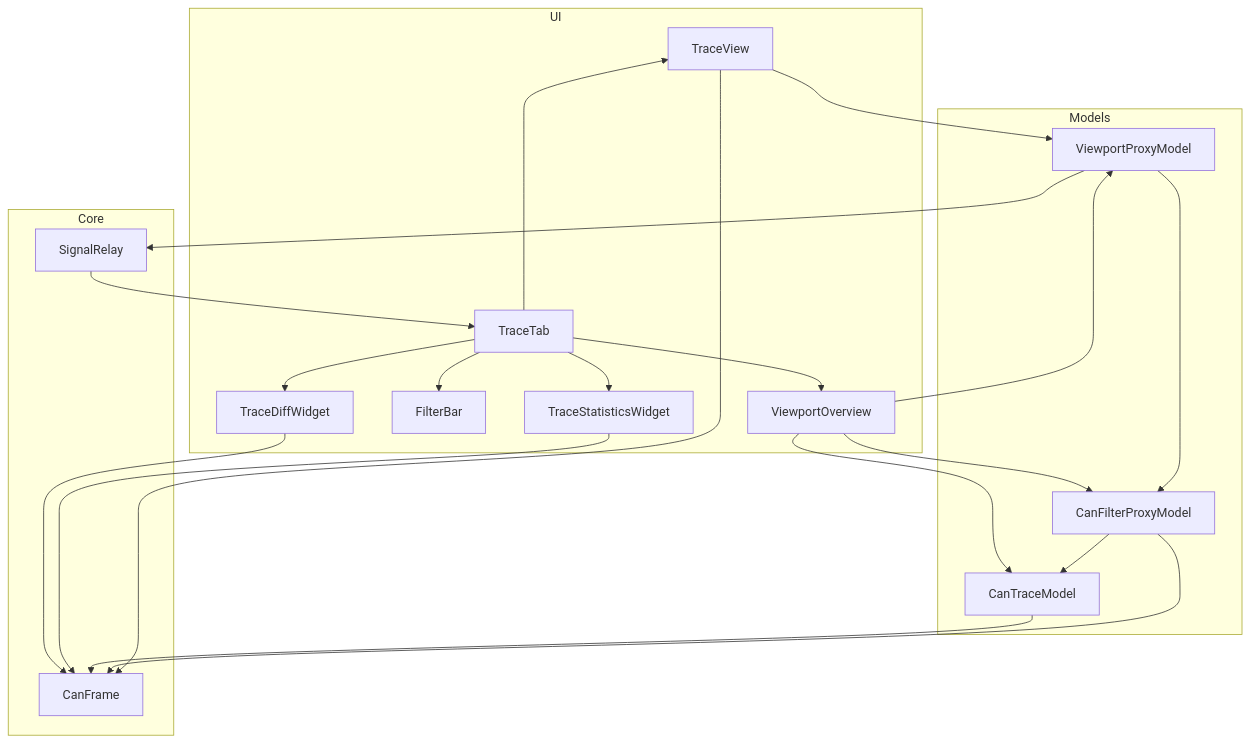
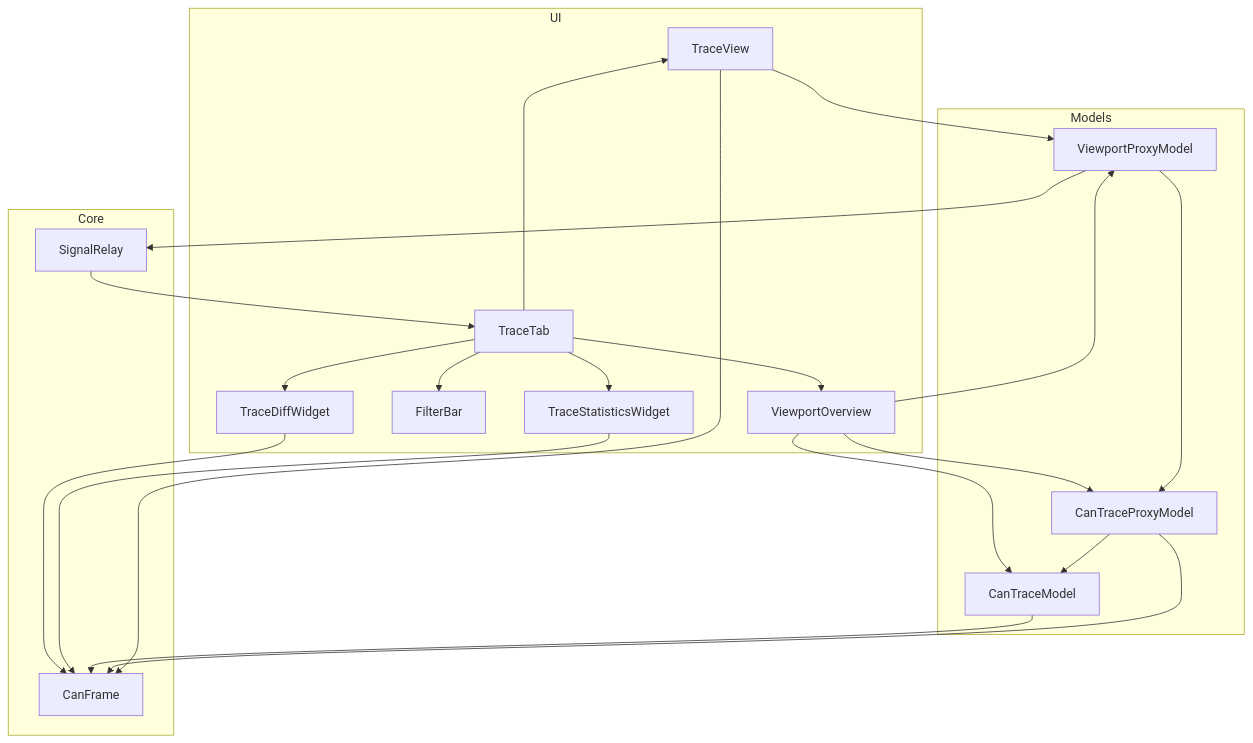
One commit to jakecai1225-design/OpenBus changed the first of 10 diagrams in .qoder/repowiki/zh/content/架构设计/UI系统设计/跟踪视图视口概览.md. Above: the diagram before and after it, drawn with Mermaid. The commit also changed other lines of this file and 10 other files, not shown here.

Commit message:
flow指示灯，模拟器开关

````diff
--- a/.qoder/repowiki/zh/content/架构设计/UI系统设计/跟踪视图视口概览.md
+++ b/.qoder/repowiki/zh/content/架构设计/UI系统设计/跟踪视图视口概览.md
@@ -54,38 +53,38 @@
 ```mermaid
 graph TB
 subgraph "UI"
 TV["TraceView"]
 VO["ViewportOverview"]
 TT["TraceTab"]
 FB["FilterBar"]
 TSW["TraceStatisticsWidget"]
 TDW["TraceDiffWidget"]
 end
 subgraph "Models"
 CTM["CanTraceModel"]
-CFPM["CanFilterProxyModel"]
+CTPM["CanTraceProxyModel"]
 VPM["ViewportProxyModel"]
 end
 subgraph "Core"
 CF["CanFrame"]
 SR["SignalRelay"]
 end
 TT --> TV
 TT --> VO
 TT --> FB
 TT --> TSW
 TT --> TDW
 TV --> VPM
-VPM --> CFPM
-CFPM --> CTM
+VPM --> CTPM
+CTPM --> CTM
 VO --> VPM
-VO --> CFPM
+VO --> CTPM
 VO --> CTM
 TV --> CF
-CFPM --> CF
+CTPM --> CF
 CTM --> CF
 TSW --> CF
 TDW --> CF
 VPM --> SR
 SR --> TT
 ```
````
